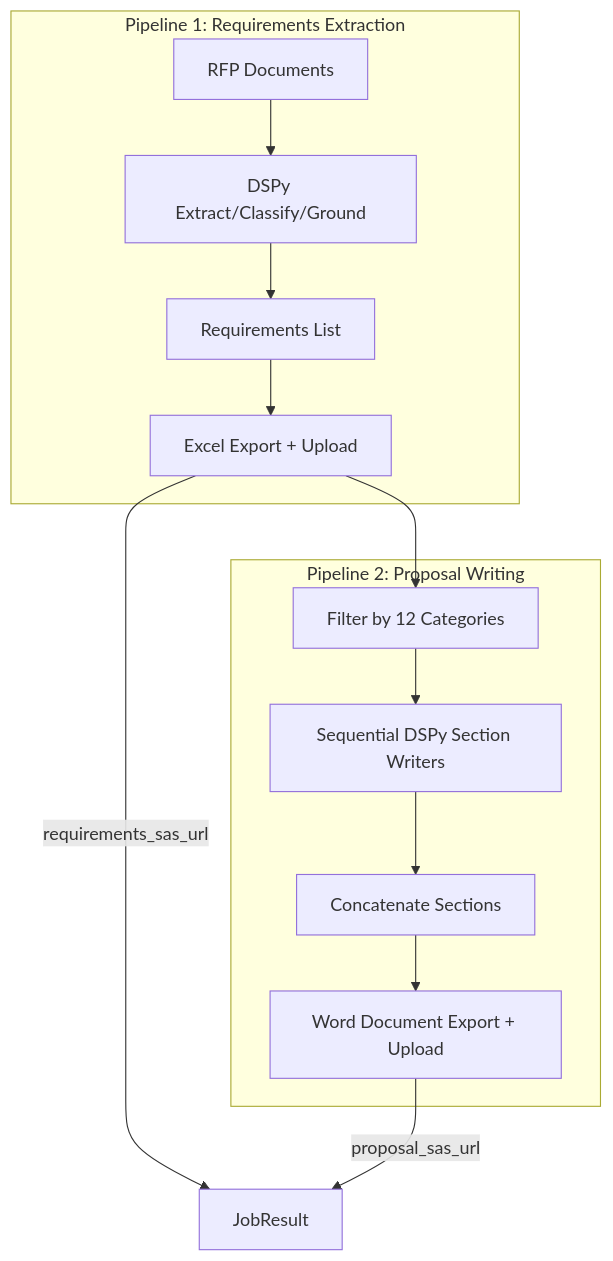
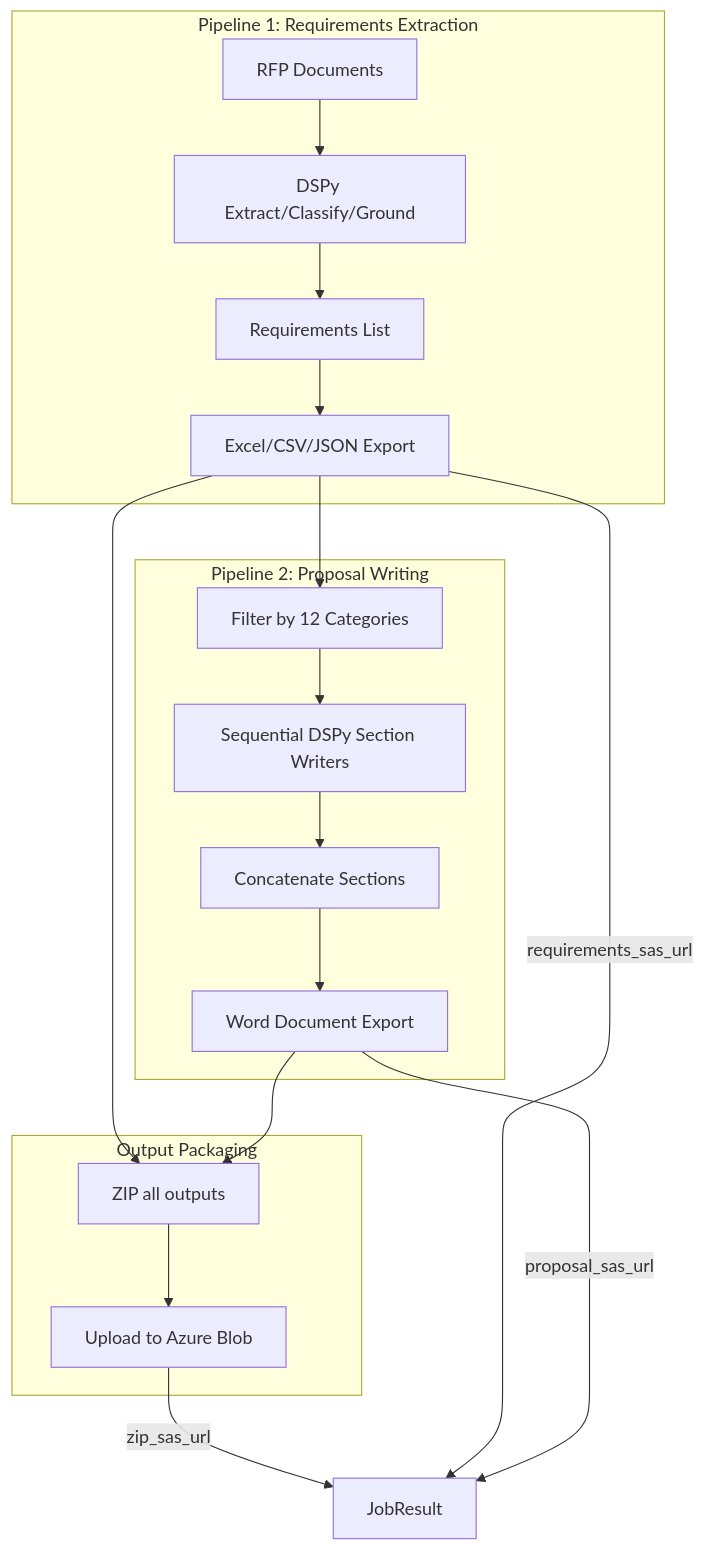
The diagram in PROPOSAL_PIPELINE_PLAN.md (aitechroberts/fon_proposal_writer), drawn with Mermaid before and after one commit. The commit also changed other lines of this file and 66 other files, not shown here.

````diff
--- a/PROPOSAL_PIPELINE_PLAN.md
+++ b/PROPOSAL_PIPELINE_PLAN.md
@@ -5,18 +5,25 @@
 ```mermaid
 flowchart TD
     subgraph Pipeline1 [Pipeline 1: Requirements Extraction]
         A[RFP Documents] --> B[DSPy Extract/Classify/Ground]
         B --> C[Requirements List]
-        C --> D[Excel Export + Upload]
+        C --> D[Excel/CSV/JSON Export]
     end
     
     subgraph Pipeline2 [Pipeline 2: Proposal Writing]
         E[Filter by 12 Categories] --> F[Sequential DSPy Section Writers]
         F --> G[Concatenate Sections]
-        G --> H[Word Document Export + Upload]
+        G --> H[Word Document Export]
+    end
+    
+    subgraph Output [Output Packaging]
+        I[ZIP all outputs] --> J[Upload to Azure Blob]
     end
     
     D --> E
+    D --> I
+    H --> I
+    J -->|zip_sas_url| JobResult
     D -->|requirements_sas_url| JobResult
     H -->|proposal_sas_url| JobResult
 ```
````
